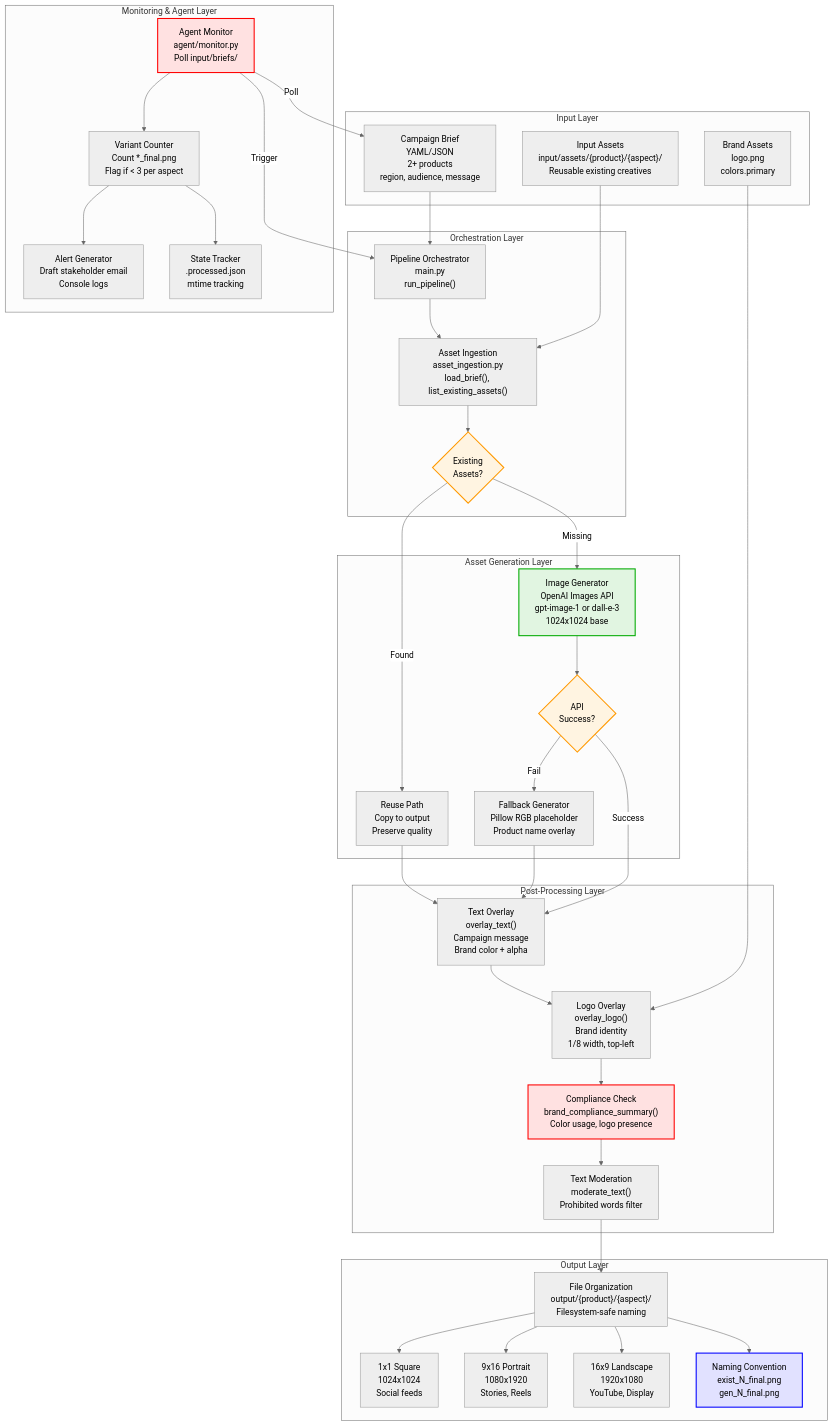
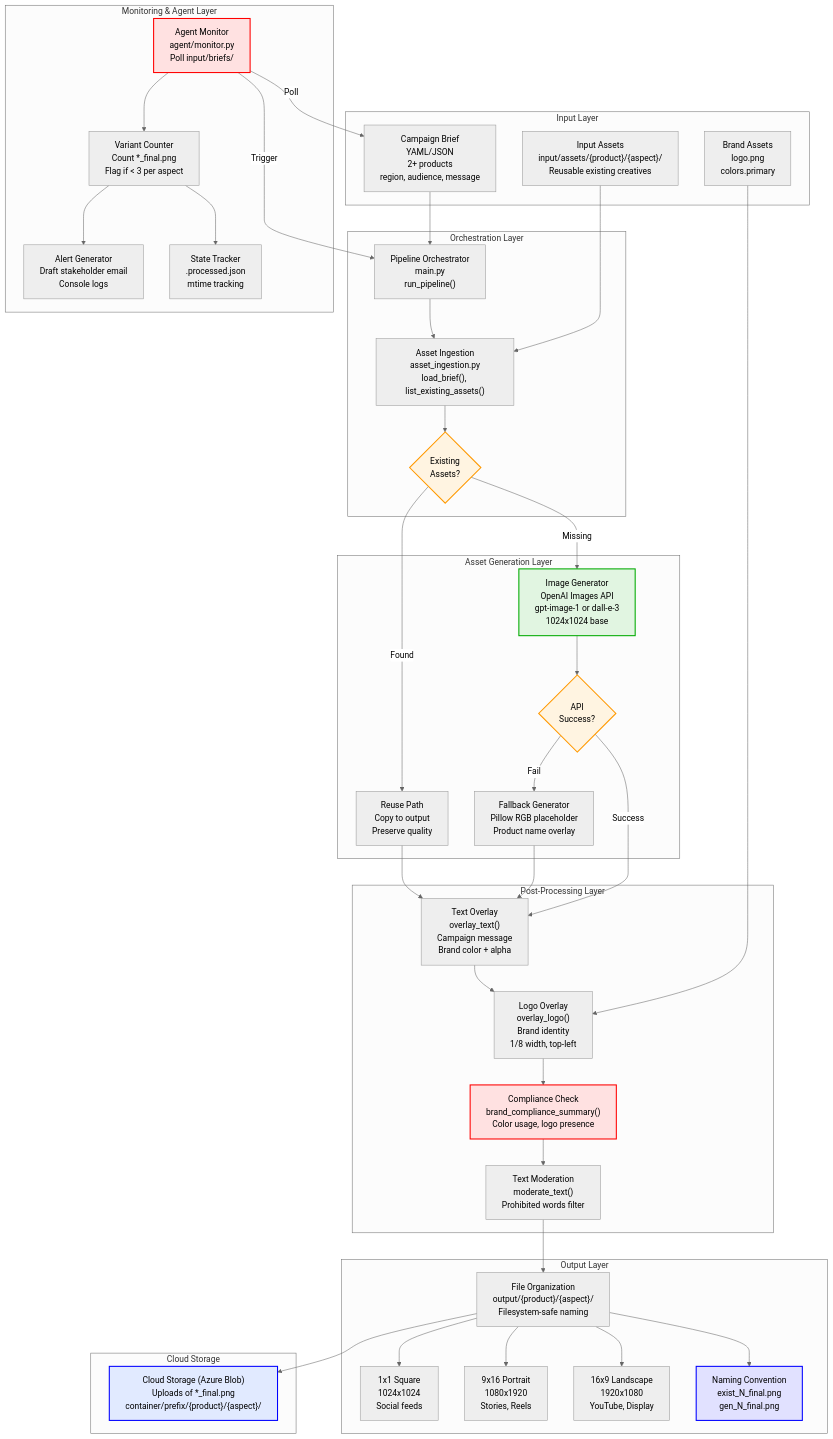
The diagram in docs/architecture_diagram.mmd (serapsen/ai-automation), drawn with Mermaid (neutral theme) before and after one commit. The commit also changed 9 other files, not shown here.

Commit message:
added Azure Blob Storage connection

```diff
--- a/docs/architecture_diagram.mmd
+++ b/docs/architecture_diagram.mmd
@@ -1,76 +1,82 @@
 %% Mermaid diagram: Creative Automation Pipeline Architecture
 flowchart TB
   subgraph "Input Layer"
     A["Campaign Brief<br/>YAML/JSON<br/>2+ products<br/>region, audience, message"]
     B["Input Assets<br/>input/assets/{product}/{aspect}/<br/>Reusable existing creatives"]
     C["Brand Assets<br/>logo.png<br/>colors.primary"]
   end
 
   subgraph "Orchestration Layer"
     D["Pipeline Orchestrator<br/>main.py<br/>run_pipeline()"]
     E["Asset Ingestion<br/>asset_ingestion.py<br/>load_brief(), list_existing_assets()"]
     F{"Existing<br/>Assets?"}
   end
 
   subgraph "Asset Generation Layer"
     G["Reuse Path<br/>Copy to output<br/>Preserve quality"]
     H["Image Generator<br/>OpenAI Images API<br/>gpt-image-1 or dall-e-3<br/>1024x1024 base"]
     I{"API<br/>Success?"}
     J["Fallback Generator<br/>Pillow RGB placeholder<br/>Product name overlay"]
   end
 
   subgraph "Post-Processing Layer"
     K["Text Overlay<br/>overlay_text()<br/>Campaign message<br/>Brand color + alpha"]
     L["Logo Overlay<br/>overlay_logo()<br/>Brand identity<br/>1/8 width, top-left"]
     M["Compliance Check<br/>brand_compliance_summary()<br/>Color usage, logo presence"]
     N["Text Moderation<br/>moderate_text()<br/>Prohibited words filter"]
   end
 
   subgraph "Output Layer"
     O["File Organization<br/>output/{product}/{aspect}/<br/>Filesystem-safe naming"]
     P["1x1 Square<br/>1024x1024<br/>Social feeds"]
     Q["9x16 Portrait<br/>1080x1920<br/>Stories, Reels"]
     R["16x9 Landscape<br/>1920x1080<br/>YouTube, Display"]
     S["Naming Convention<br/>exist_N_final.png<br/>gen_N_final.png"]
   end
 
+  subgraph "Cloud Storage"
+    X["Cloud Storage (Azure Blob)<br/>Uploads of *_final.png<br/>container/prefix/{product}/{aspect}/"]
+  end
+
   subgraph "Monitoring & Agent Layer"
     T["Agent Monitor<br/>agent/monitor.py<br/>Poll input/briefs/"]
     U["Variant Counter<br/>Count *_final.png<br/>Flag if < 3 per aspect"]
     V["Alert Generator<br/>Draft stakeholder email<br/>Console logs"]
     W["State Tracker<br/>.processed.json<br/>mtime tracking"]
   end
 
   A --> D
   B --> E
   C --> L
   D --> E
   E --> F
   F -->|Found| G
   F -->|Missing| H
   H --> I
   I -->|Success| K
   I -->|Fail| J
   J --> K
   G --> K
   K --> L
   L --> M
   M --> N
   N --> O
   O --> P
   O --> Q
   O --> R
   O --> S
+  O --> X
   
   T -->|Poll| A
   T -->|Trigger| D
   T --> U
   U --> V
   U --> W
   
   style F fill:#fff4e1,stroke:#f90,stroke-width:2px
   style H fill:#e1f5e1,stroke:#0a0,stroke-width:2px
   style I fill:#fff4e1,stroke:#f90,stroke-width:2px
   style M fill:#ffe1e1,stroke:#f00,stroke-width:2px
   style T fill:#ffe1e1,stroke:#f00,stroke-width:2px
   style S fill:#e1e1ff,stroke:#00f,stroke-width:2px
+  style X fill:#e1eaff,stroke:#00f,stroke-width:2px
```
